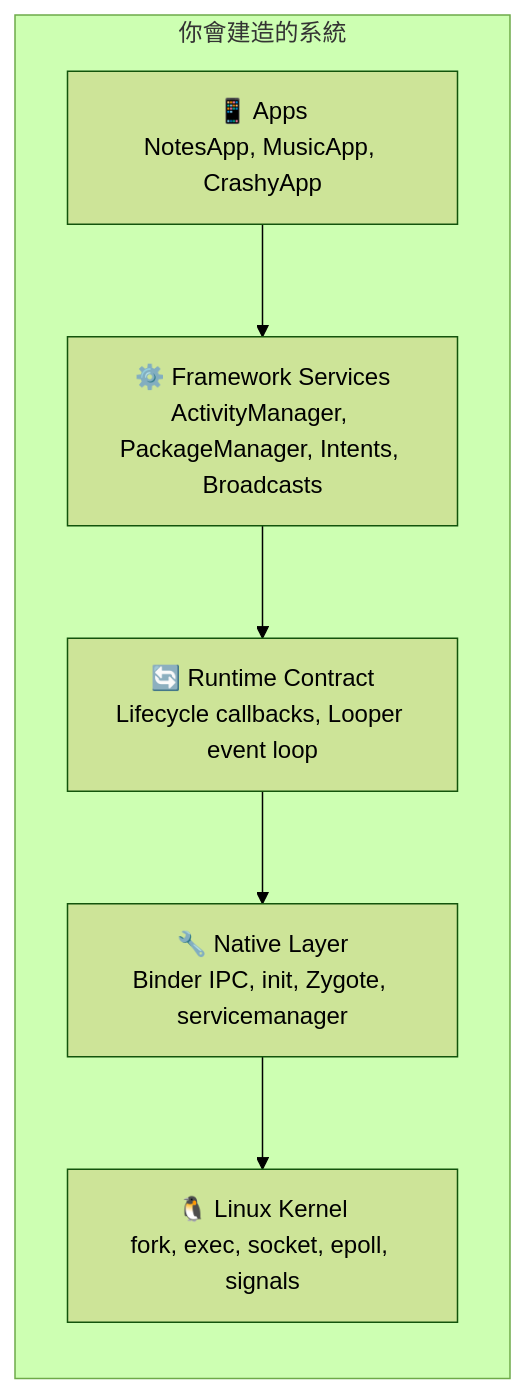
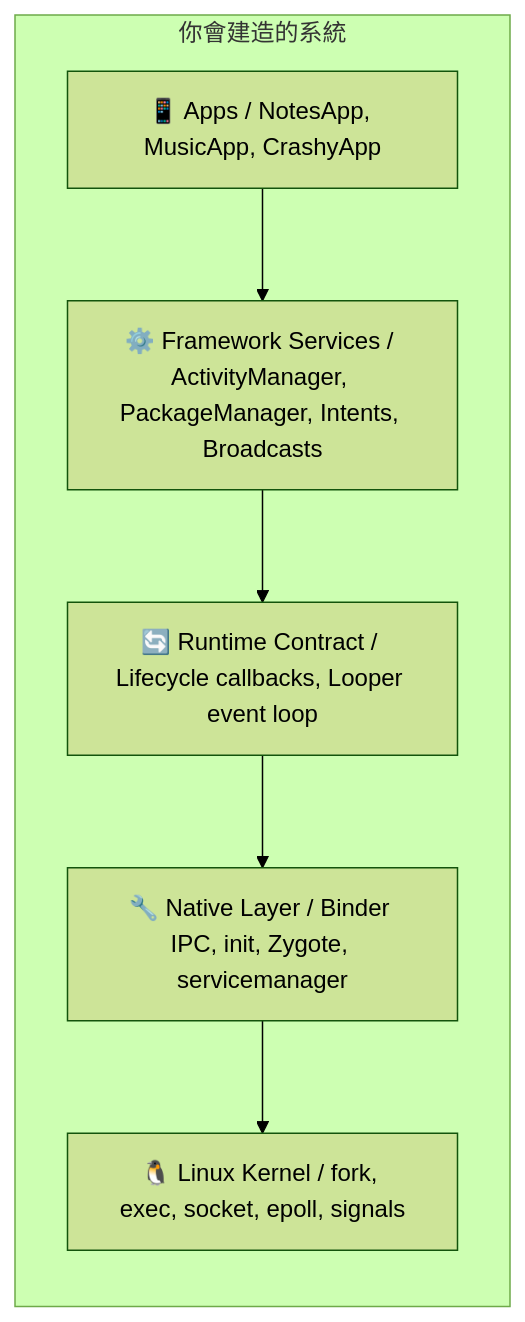
Before and after one commit to Owen771/mini-AOSP: the first of 26 diagrams in docs/learning-guide.md, drawn with Mermaid (forest theme). The commit also changed other lines of this file and 34 other files, not shown here.

````diff
--- a/docs/learning-guide.md
+++ b/docs/learning-guide.md
@@ -15,13 +21,13 @@
 ```mermaid
 graph TD
-    subgraph "你會建造的系統"
-        direction TB
-        Apps["📱 Apps<br/>NotesApp, MusicApp, CrashyApp"]
-        Framework["⚙️ Framework Services<br/>ActivityManager, PackageManager, Intents, Broadcasts"]
-        Runtime["🔄 Runtime Contract<br/>Lifecycle callbacks, Looper event loop"]
-        Native["🔧 Native Layer<br/>Binder IPC, init, Zygote, servicemanager"]
-        Kernel["🐧 Linux Kernel<br/>fork, exec, socket, epoll, signals"]
+ subgraph "你會建造的系統"
+ direction TB
+ Apps["📱 Apps / NotesApp, MusicApp, CrashyApp"]
+ Framework["⚙️ Framework Services / ActivityManager, PackageManager, Intents, Broadcasts"]
+ Runtime["🔄 Runtime Contract / Lifecycle callbacks, Looper event loop"]
+ Native["🔧 Native Layer / Binder IPC, init, Zygote, servicemanager"]
+ Kernel["🐧 Linux Kernel / fork, exec, socket, epoll, signals"]
 
-        Apps --> Framework --> Runtime --> Native --> Kernel
-    end
+ Apps --> Framework --> Runtime --> Native --> Kernel
+ end
 ```
````
